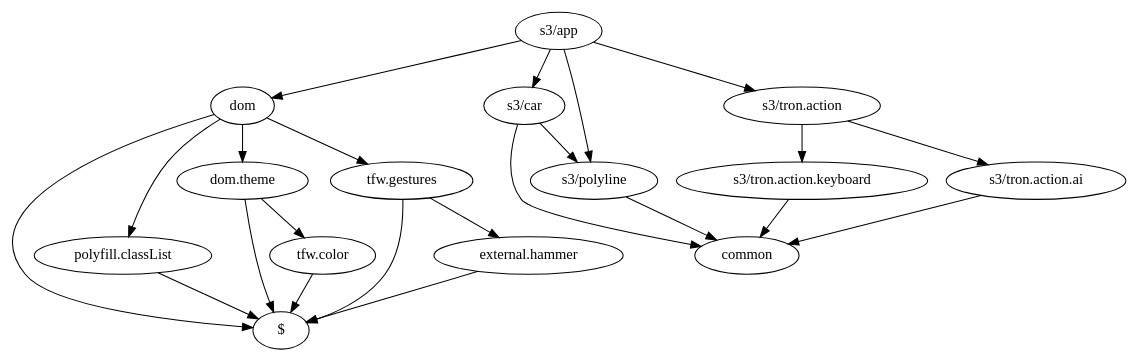
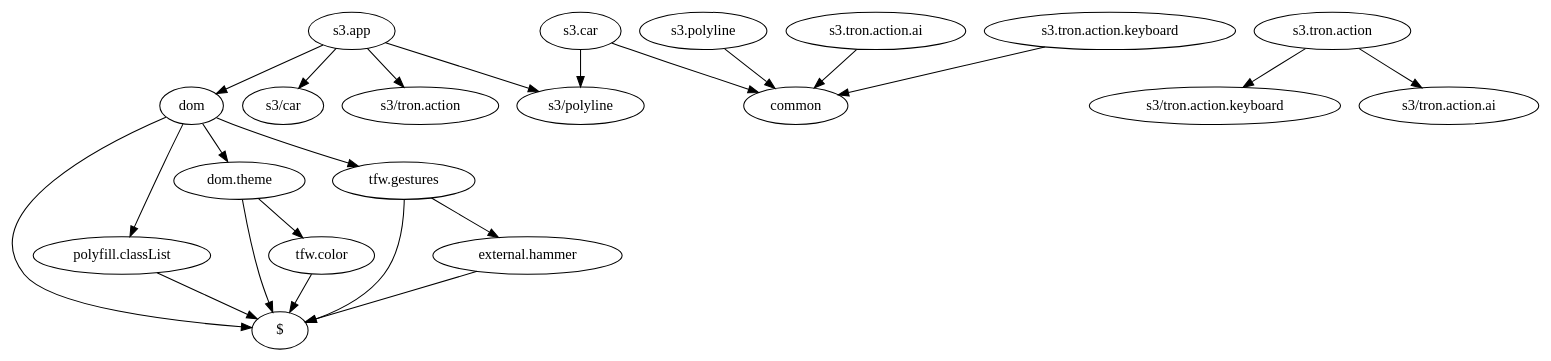
The diagram in doc/s3.html.dot (tolokoban/game-tron), drawn with Graphviz before and after one commit. The commit also changed 48 other files, not shown here.

```diff
--- a/doc/s3.html.dot
+++ b/doc/s3.html.dot
@@ -1,35 +1,35 @@
 digraph dependencies {
-    "s3/app" -> "dom"
+    "s3.app" -> "dom"
 
-    "s3/app" -> "s3/car"
+    "s3.app" -> "s3/car"
 
-    "s3/app" -> "s3/tron.action"
+    "s3.app" -> "s3/tron.action"
 
-    "s3/app" -> "s3/polyline"
-    "s3/polyline" -> "common"
-    "s3/tron.action" -> "s3/tron.action.keyboard"
+    "s3.app" -> "s3/polyline"
+    "s3.polyline" -> "common"
+    "s3.tron.action" -> "s3/tron.action.keyboard"
 
-    "s3/tron.action" -> "s3/tron.action.ai"
-    "s3/tron.action.ai" -> "common"
-    "s3/tron.action.keyboard" -> "common"
-    "s3/car" -> "s3/polyline"
+    "s3.tron.action" -> "s3/tron.action.ai"
+    "s3.tron.action.ai" -> "common"
+    "s3.tron.action.keyboard" -> "common"
+    "s3.car" -> "s3/polyline"
 
-    "s3/car" -> "common"
+    "s3.car" -> "common"
     "dom" -> "$"
 
     "dom" -> "polyfill.classList"
 
     "dom" -> "dom.theme"
 
     "dom" -> "tfw.gestures"
     "tfw.gestures" -> "$"
 
     "tfw.gestures" -> "external.hammer"
     "external.hammer" -> "$"
     "dom.theme" -> "$"
 
     "dom.theme" -> "tfw.color"
     "tfw.color" -> "$"
     "polyfill.classList" -> "$"
 
 }
```
